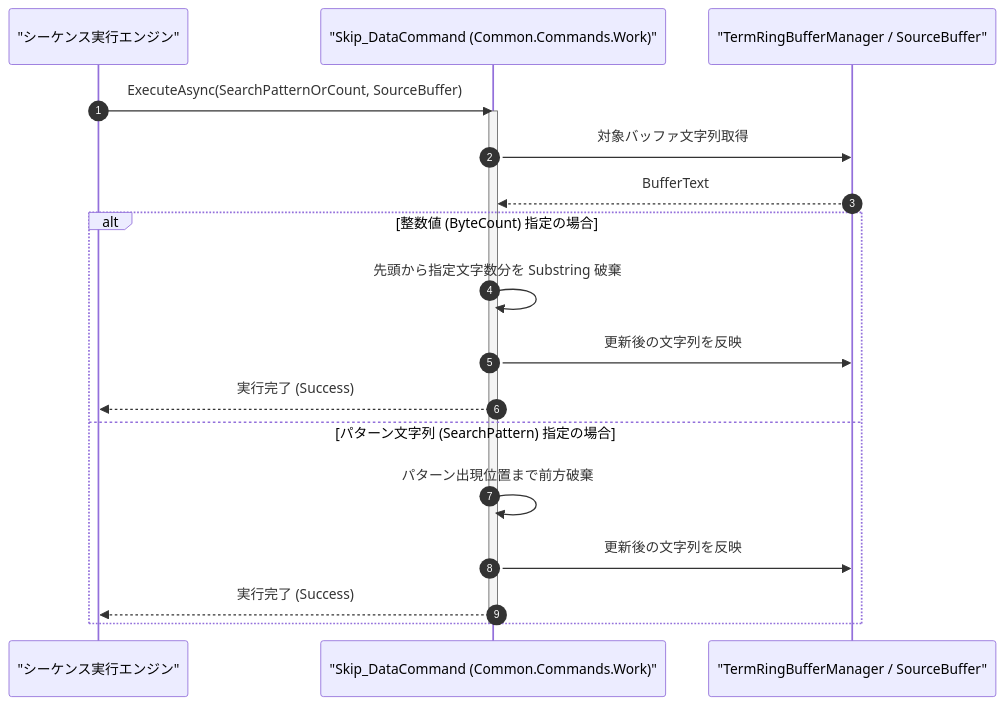
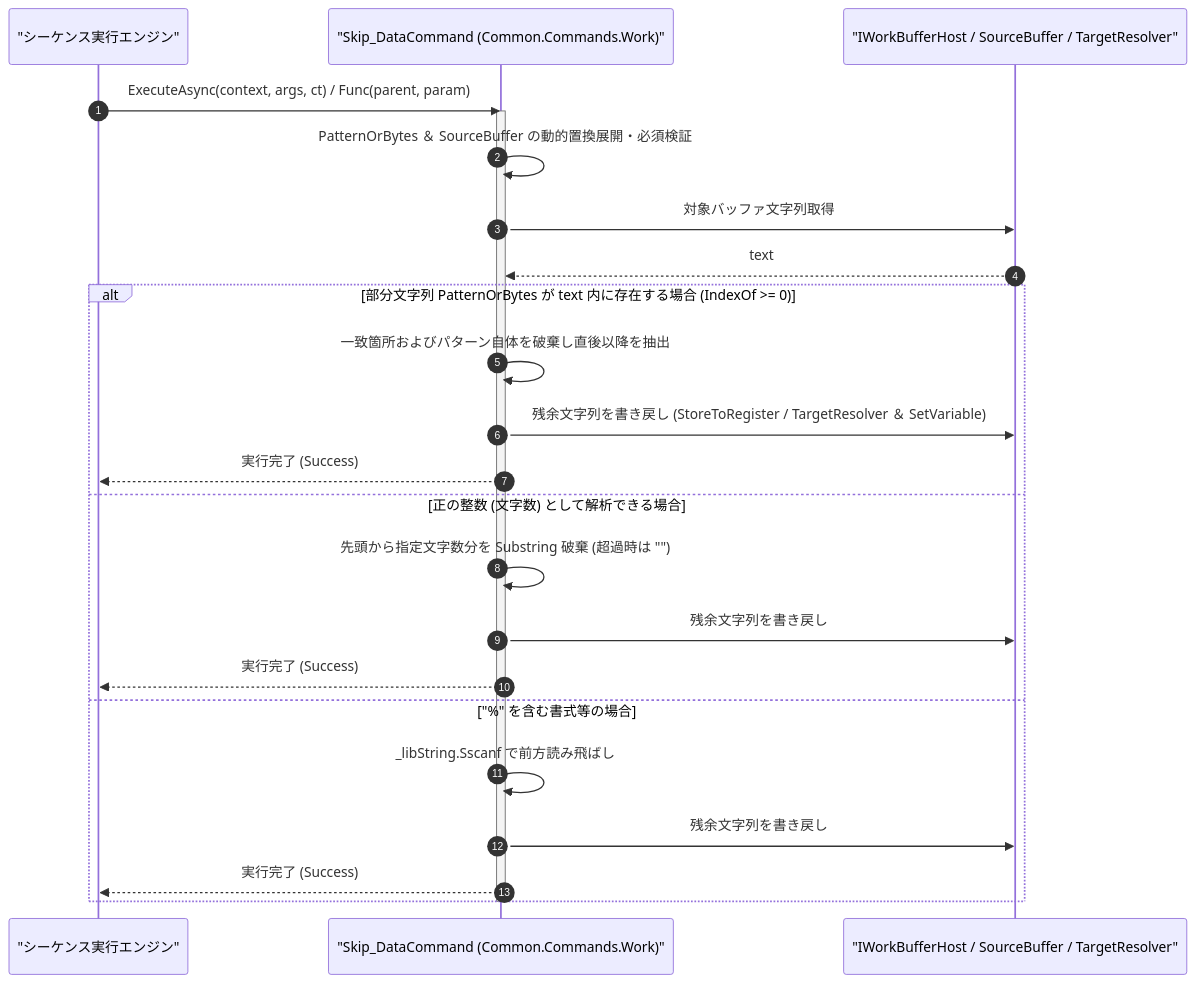
The diagram in Manual/Core/Work/Skip_Data.Md (Monaca-App/TermAddIn), drawn with Mermaid before and after one commit. The commit also changed other lines of this file and 157 other files, not shown here.

````diff
--- a/Manual/Core/Work/Skip_Data.Md
+++ b/Manual/Core/Work/Skip_Data.Md
@@ -67,22 +67,27 @@
 ```mermaid
 sequenceDiagram
     autonumber
     participant Engine as "シーケンス実行エンジン"
     participant Cmd as "Skip_DataCommand (Common.Commands.Work)"
-    participant Ring as "TermRingBufferManager / SourceBuffer"
+    participant Buf as "IWorkBufferHost / SourceBuffer / TargetResolver"
 
-    Engine->>Cmd: ExecuteAsync(SearchPatternOrCount, SourceBuffer)
+    Engine->>Cmd: ExecuteAsync(context, args, ct) / Func(parent, param)
     activate Cmd
-    Cmd->>Ring: 対象バッファ文字列取得
-    Ring-->>Cmd: BufferText
-    alt 整数値 (ByteCount) 指定の場合
-        Cmd->>Cmd: 先頭から指定文字数分を Substring 破棄
-        Cmd->>Ring: 更新後の文字列を反映
+    Cmd->>Cmd: PatternOrBytes ＆ SourceBuffer の動的置換展開・必須検証
+    Cmd->>Buf: 対象バッファ文字列取得
+    Buf-->>Cmd: text
+    alt 部分文字列 PatternOrBytes が text 内に存在する場合 (IndexOf >= 0)
+        Cmd->>Cmd: 一致箇所およびパターン自体を破棄し直後以降を抽出
+        Cmd->>Buf: 残余文字列を書き戻し (StoreToRegister / TargetResolver ＆ SetVariable)
         Cmd-->>Engine: 実行完了 (Success)
-    else パターン文字列 (SearchPattern) 指定の場合
-        Cmd->>Cmd: パターン出現位置まで前方破棄
-        Cmd->>Ring: 更新後の文字列を反映
+    else 正の整数 (文字数) として解析できる場合
+        Cmd->>Cmd: 先頭から指定文字数分を Substring 破棄 (超過時は "")
+        Cmd->>Buf: 残余文字列を書き戻し
+        Cmd-->>Engine: 実行完了 (Success)
+    else "%" を含む書式等の場合
+        Cmd->>Cmd: _libString.Sscanf で前方読み飛ばし
+        Cmd->>Buf: 残余文字列を書き戻し
         Cmd-->>Engine: 実行完了 (Success)
     end
     deactivate Cmd
 ```
````
